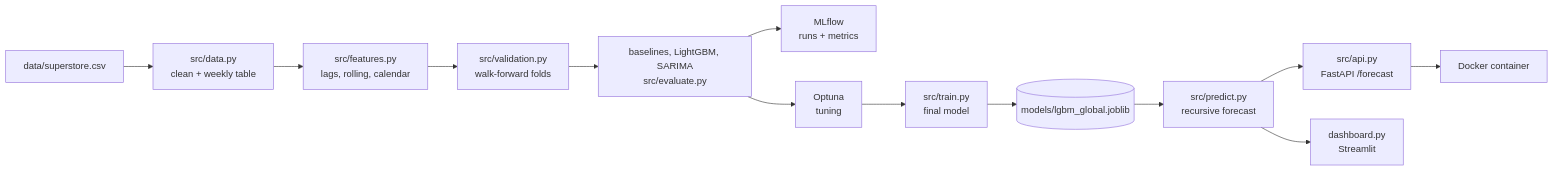
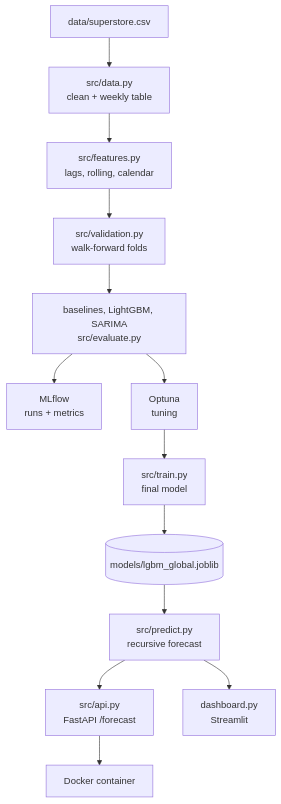
One commit to HasanOmeis/sales-forecasting changed the diagram in README.md. Above: the diagram before and after it, drawn with Mermaid. The commit also changed 1 other file, not shown here.

Commit message:
Show Python as repo language, vertical diagram

````diff
--- a/README.md
+++ b/README.md
@@ -30,15 +30,15 @@
 ```mermaid
-flowchart LR
+flowchart TD
     A[data/superstore.csv] --> B[src/data.py<br/>clean + weekly table]
     B --> C[src/features.py<br/>lags, rolling, calendar]
     C --> D[src/validation.py<br/>walk-forward folds]
     D --> E[baselines, LightGBM, SARIMA<br/>src/evaluate.py]
     E --> F[MLflow<br/>runs + metrics]
     E --> G[Optuna<br/>tuning]
     G --> H[src/train.py<br/>final model]
     H --> I[(models/lgbm_global.joblib)]
     I --> J[src/predict.py<br/>recursive forecast]
     J --> K[src/api.py<br/>FastAPI /forecast]
     J --> L[dashboard.py<br/>Streamlit]
     K --> M[Docker container]
 ```
````
